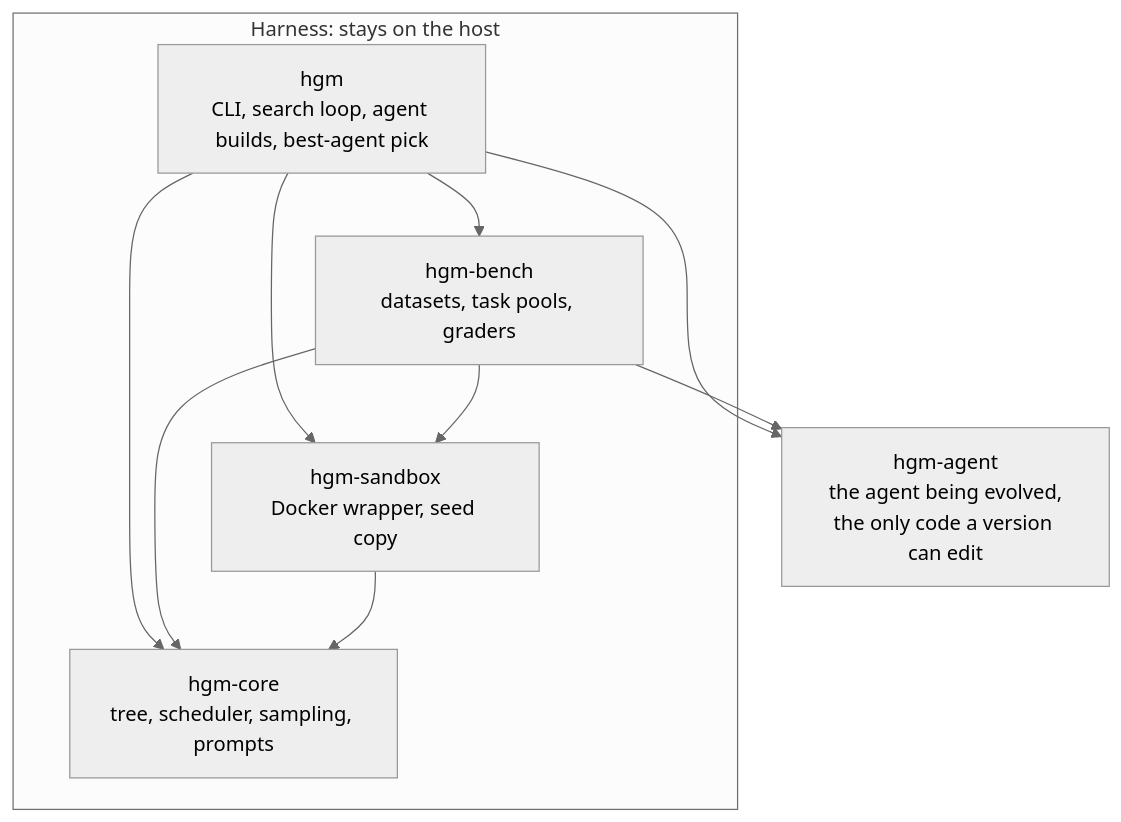
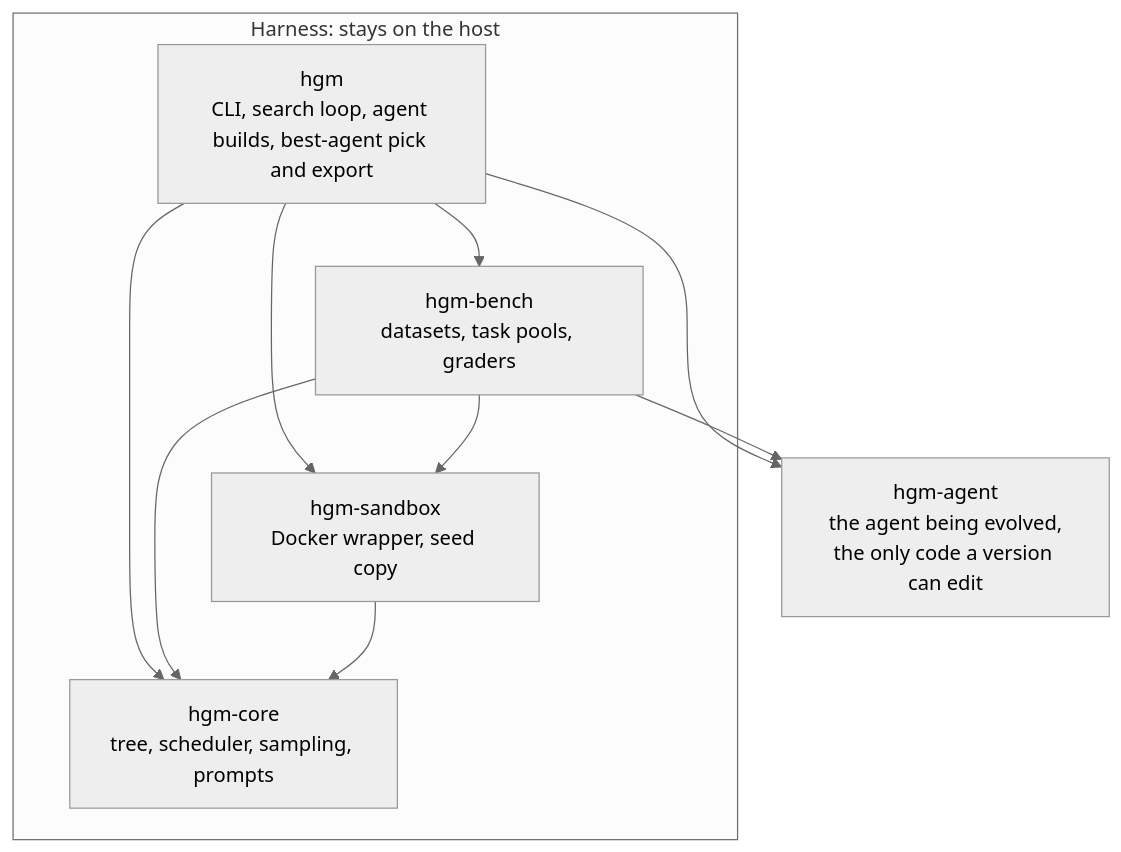
The third of 3 diagrams in README.md (jdrowne/HGM), drawn with Mermaid (neutral theme) before and after one commit. The commit also changed other lines of this file and 10 other files, not shown here.

First line of the commit message:
Make hgm one command that returns the improved agent (#22)

````diff
--- a/README.md
+++ b/README.md
@@ -287,18 +263,18 @@
 ```mermaid
 flowchart TB
   subgraph harness ["Harness: stays on the host"]
-    hgm["hgm<br/>CLI, search loop, agent builds, best-agent pick"]
+    hgm["hgm<br/>CLI, search loop, agent builds, best-agent pick and export"]
     bench["hgm-bench<br/>datasets, task pools, graders"]
     sandbox["hgm-sandbox<br/>Docker wrapper, seed copy"]
     core["hgm-core<br/>tree, scheduler, sampling, prompts"]
   end
   agent["hgm-agent<br/>the agent being evolved,<br/>the only code a version can edit"]
   hgm --> bench
   hgm --> sandbox
   hgm --> core
   hgm --> agent
   bench --> sandbox
   bench --> core
   bench --> agent
   sandbox --> core
 ```
````
